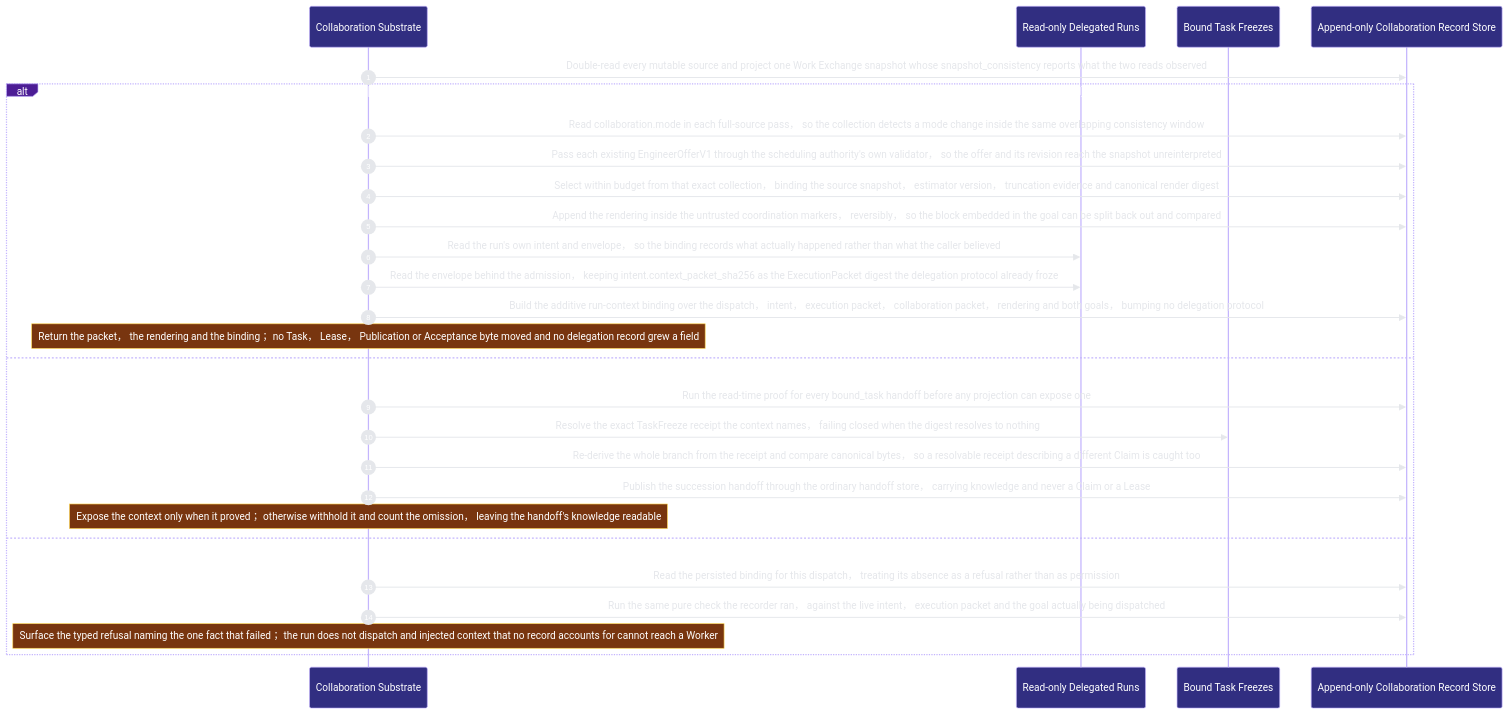
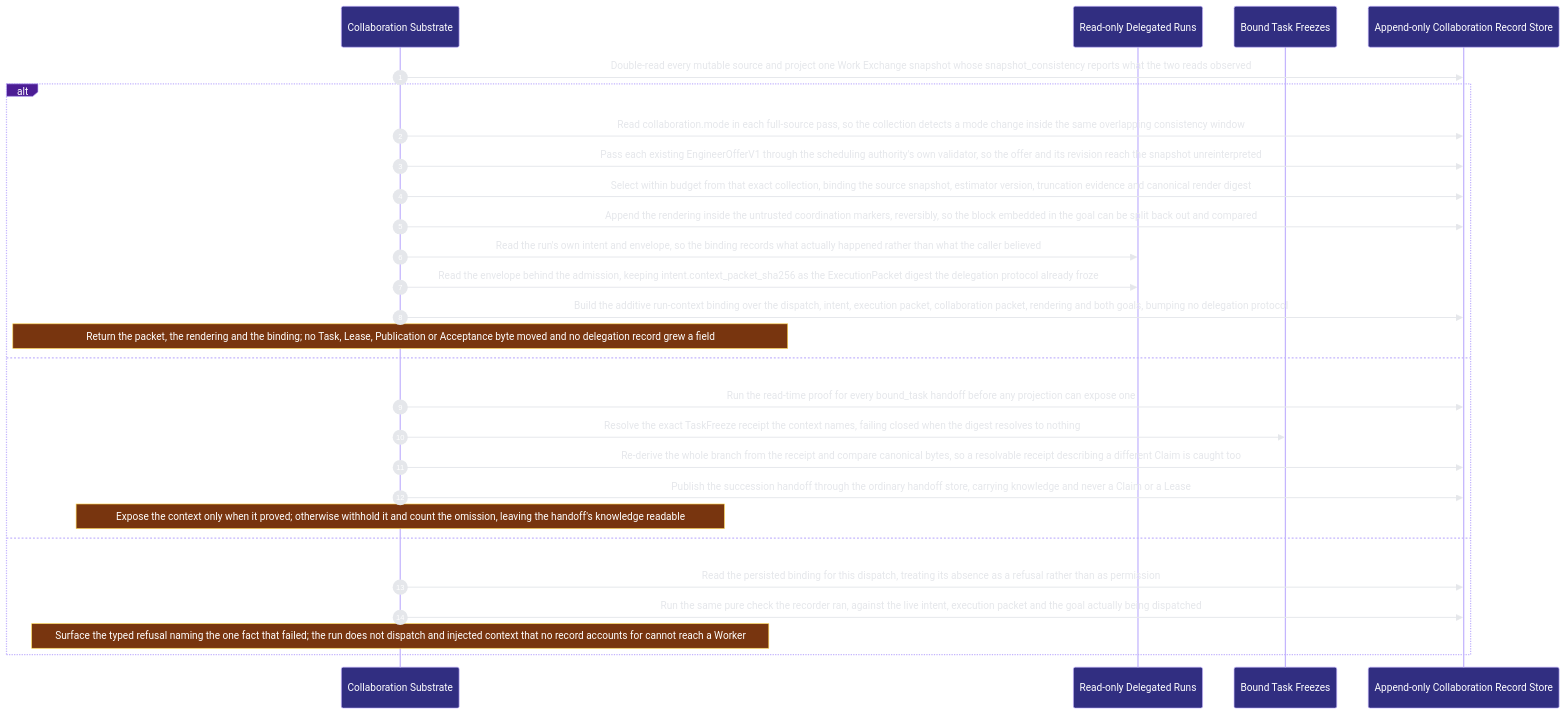
Before and after one commit to Ancienttwo/repo-harness: the third of 6 diagrams in docs/architecture/modules/runtime-harness/collaboration.md, drawn with Mermaid. The commit also changed other lines of this file and 46 other files, not shown here.

First line of the commit message:
docs(architecture): re-project the architecture docs with archctx 0.7.1

````diff
--- a/docs/architecture/modules/runtime-harness/collaboration.md
+++ b/docs/architecture/modules/runtime-harness/collaboration.md
@@ -150,30 +165,30 @@
 ```mermaid
 %%{init: {"theme":"base","themeVariables":{"background":"#0d1117","actorBkg":"#312e81","actorBorder":"#c4b5fd","actorTextColor":"#ffffff","signalColor":"#e5e7eb","signalTextColor":"#e5e7eb","labelBoxBkgColor":"#4c1d95","labelBoxBorderColor":"#c4b5fd","labelTextColor":"#ffffff","noteBkgColor":"#78350f","noteBorderColor":"#fcd34d","noteTextColor":"#ffffff","sequenceNumberColor":"#ffffff"}}}%%
 sequenceDiagram
   autonumber
   participant p2_collaboration_50c48bca as Collaboration Substrate
   participant p2_delegated_runs_6de9843b as Read-only Delegated Runs
   participant p2_bound_task_freezes_60610ef7 as Bound Task Freezes
   participant p2_collaboration_store_5c827af5 as Append-only Collaboration Record Store
   p2_collaboration_50c48bca->>p2_collaboration_store_5c827af5: Double-read every mutable source and project one Work Exchange snapshot whose snapshot_consistency reports what the two reads observed
-  alt A stable snapshot becomes a bounded packet， an untrusted rendering composed into the run's goal， and a binding that records exactly what was embedded
-  p2_collaboration_50c48bca->>p2_collaboration_store_5c827af5: Read collaboration.mode in each full-source pass， so the collection detects a mode change inside the same overlapping consistency window
-  p2_collaboration_50c48bca->>p2_collaboration_store_5c827af5: Pass each existing EngineerOfferV1 through the scheduling authority's own validator， so the offer and its revision reach the snapshot unreinterpreted
-  p2_collaboration_50c48bca->>p2_collaboration_store_5c827af5: Select within budget from that exact collection， binding the source snapshot， estimator version， truncation evidence and canonical render digest
-  p2_collaboration_50c48bca->>p2_collaboration_store_5c827af5: Append the rendering inside the untrusted coordination markers， reversibly， so the block embedded in the goal can be split back out and compared
-  p2_collaboration_50c48bca->>p2_delegated_runs_6de9843b: Read the run's own intent and envelope， so the binding records what actually happened rather than what the caller believed
-  p2_collaboration_50c48bca->>p2_delegated_runs_6de9843b: Read the envelope behind the admission， keeping intent.context_packet_sha256 as the ExecutionPacket digest the delegation protocol already froze
-  p2_collaboration_50c48bca->>p2_collaboration_store_5c827af5: Build the additive run-context binding over the dispatch， intent， execution packet， collaboration packet， rendering and both goals， bumping no delegation protocol
-    Note over p2_collaboration_50c48bca: Return the packet， the rendering and the binding； no Task， Lease， Publication or Acceptance byte moved and no delegation record grew a field
-  else A handoff's bound_task execution context is shown against the freeze receipt it names， or withheld
+  alt A stable snapshot becomes a bounded packet#44; an untrusted rendering composed into the run's goal#44; and a binding that records exactly what was embedded
+  p2_collaboration_50c48bca->>p2_collaboration_store_5c827af5: Read collaboration.mode in each full-source pass#44; so the collection detects a mode change inside the same overlapping consistency window
+  p2_collaboration_50c48bca->>p2_collaboration_store_5c827af5: Pass each existing EngineerOfferV1 through the scheduling authority's own validator#44; so the offer and its revision reach the snapshot unreinterpreted
+  p2_collaboration_50c48bca->>p2_collaboration_store_5c827af5: Select within budget from that exact collection#44; binding the source snapshot#44; estimator version#44; truncation evidence and canonical render digest
+  p2_collaboration_50c48bca->>p2_collaboration_store_5c827af5: Append the rendering inside the untrusted coordination markers#44; reversibly#44; so the block embedded in the goal can be split back out and compared
+  p2_collaboration_50c48bca->>p2_delegated_runs_6de9843b: Read the run's own intent and envelope#44; so the binding records what actually happened rather than what the caller believed
+  p2_collaboration_50c48bca->>p2_delegated_runs_6de9843b: Read the envelope behind the admission#44; keeping intent.context_packet_sha256 as the ExecutionPacket digest the delegation protocol already froze
+  p2_collaboration_50c48bca->>p2_collaboration_store_5c827af5: Build the additive run-context binding over the dispatch#44; intent#44; execution packet#44; collaboration packet#44; rendering and both goals#44; bumping no delegation protocol
+    Note over p2_collaboration_50c48bca: Return the packet#44; the rendering and the binding#59; no Task#44; Lease#44; Publication or Acceptance byte moved and no delegation record grew a field
+  else A handoff's bound_task execution context is shown against the freeze receipt it names#44; or withheld
   p2_collaboration_50c48bca->>p2_collaboration_store_5c827af5: Run the read-time proof for every bound_task handoff before any projection can expose one
-  p2_collaboration_50c48bca->>p2_bound_task_freezes_60610ef7: Resolve the exact TaskFreeze receipt the context names， failing closed when the digest resolves to nothing
-  p2_collaboration_50c48bca->>p2_collaboration_store_5c827af5: Re-derive the whole branch from the receipt and compare canonical bytes， so a resolvable receipt describing a different Claim is caught too
-  p2_collaboration_50c48bca->>p2_collaboration_store_5c827af5: Publish the succession handoff through the ordinary handoff store， carrying knowledge and never a Claim or a Lease
-    Note over p2_collaboration_50c48bca: Expose the context only when it proved； otherwise withhold it and count the omission， leaving the handoff's knowledge readable
-  else A collaboration-mode run whose binding is missing， dangling， or describes a different goal is refused before it dispatches
-  p2_collaboration_50c48bca->>p2_collaboration_store_5c827af5: Read the persisted binding for this dispatch， treating its absence as a refusal rather than as permission
-  p2_collaboration_50c48bca->>p2_collaboration_store_5c827af5: Run the same pure check the recorder ran， against the live intent， execution packet and the goal actually being dispatched
-    Note over p2_collaboration_50c48bca: Surface the typed refusal naming the one fact that failed； the run does not dispatch and injected context that no record accounts for cannot reach a Worker
+  p2_collaboration_50c48bca->>p2_bound_task_freezes_60610ef7: Resolve the exact TaskFreeze receipt the context names#44; failing closed when the digest resolves to nothing
+  p2_collaboration_50c48bca->>p2_collaboration_store_5c827af5: Re-derive the whole branch from the receipt and compare canonical bytes#44; so a resolvable receipt describing a different Claim is caught too
+  p2_collaboration_50c48bca->>p2_collaboration_store_5c827af5: Publish the succession handoff through the ordinary handoff store#44; carrying knowledge and never a Claim or a Lease
+    Note over p2_collaboration_50c48bca: Expose the context only when it proved#59; otherwise withhold it and count the omission#44; leaving the handoff's knowledge readable
+  else A collaboration-mode run whose binding is missing#44; dangling#44; or describes a different goal is refused before it dispatches
+  p2_collaboration_50c48bca->>p2_collaboration_store_5c827af5: Read the persisted binding for this dispatch#44; treating its absence as a refusal rather than as permission
+  p2_collaboration_50c48bca->>p2_collaboration_store_5c827af5: Run the same pure check the recorder ran#44; against the live intent#44; execution packet and the goal actually being dispatched
+    Note over p2_collaboration_50c48bca: Surface the typed refusal naming the one fact that failed#59; the run does not dispatch and injected context that no record accounts for cannot reach a Worker
   end
 ```
````
